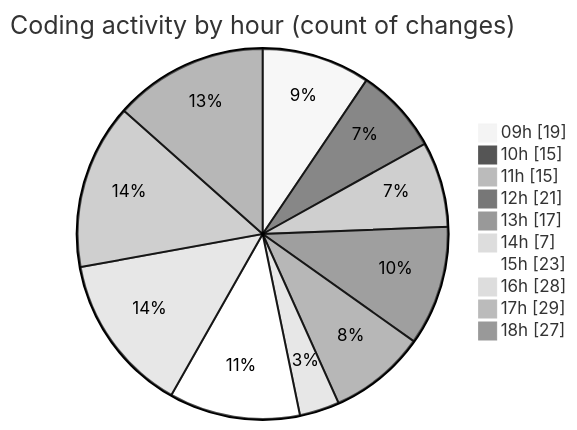
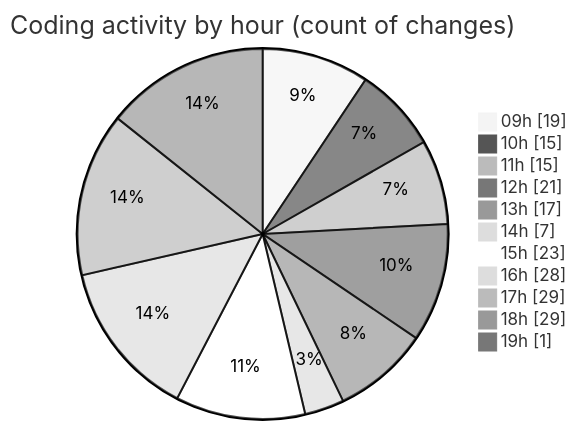
Before and after one commit to momahboobian/code-tracking: the second of 2 diagrams in 2025-09-05/cda/README.md, drawn with Mermaid (neutral theme). The commit also changed other lines of this file and 1 other file, not shown here.

````diff
--- a/2025-09-05/cda/README.md
+++ b/2025-09-05/cda/README.md
@@ -37,14 +37,15 @@
 ```mermaid
 pie showData
 title Coding activity by hour (count of changes)
 "09h" : 19
 "10h" : 15
 "11h" : 15
 "12h" : 21
 "13h" : 17
 "14h" : 7
 "15h" : 23
 "16h" : 28
 "17h" : 29
-"18h" : 27
+"18h" : 29
+"19h" : 1
 ```
````
